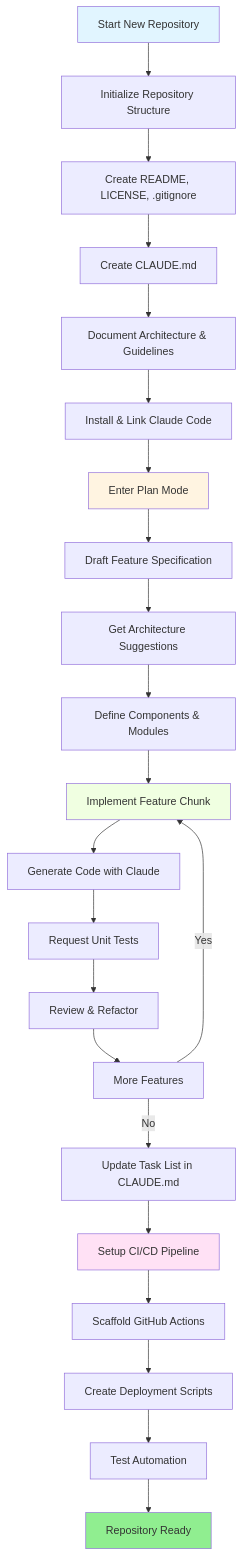
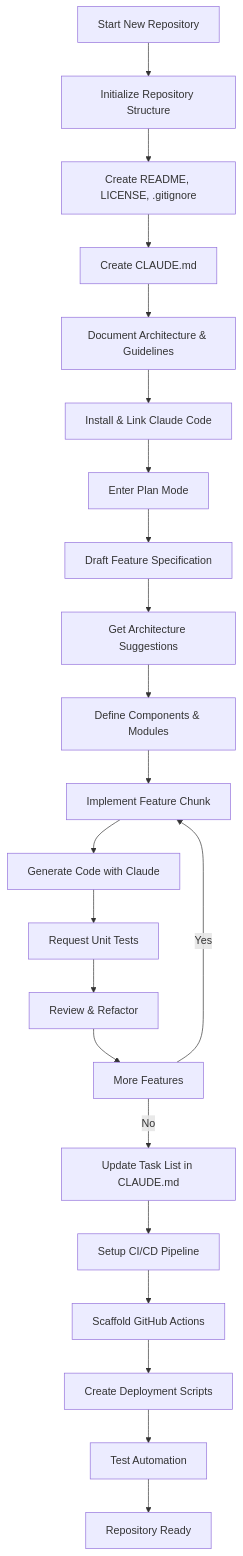
The first of 2 diagrams in claude-howto-zh/resources.md (Rx782-Fss/claude-howto-zh), drawn with Mermaid before and after one commit. The commit also changed other lines of this file and 9 other files, not shown here.

Commit message:
fix: 清除 Mermaid style 行(105处)和节点标签数字列表格式(17处)，修复 Obsidian/GitHub 'Unsupported markdown: list' 渲染错误

````diff
--- a/claude-howto-zh/resources.md
+++ b/claude-howto-zh/resources.md
@@ -169,64 +168,46 @@
 ```mermaid
 graph TD
 
     A[Start New Repository] --> B[Initialize Repository Structure]
 
     B --> C[Create README, LICENSE, .gitignore]
 
     C --> D[Create CLAUDE.md]
 
     D --> E[Document Architecture & Guidelines]
 
     E --> F[Install & Link Claude Code]
 
-
-
     F --> G[Enter Plan Mode]
 
     G --> H[Draft Feature Specification]
 
     H --> I[Get Architecture Suggestions]
 
     I --> J[Define Components & Modules]
-
-
 
     J --> K[Implement Feature Chunk]
 
     K --> L[Generate Code with Claude]
 
     L --> M[Request Unit Tests]
 
     M --> N[Review & Refactor]
 
     N --> O[More Features]
 
     O -->|Yes| K
 
     O -->|No| P[Update Task List in CLAUDE.md]
 
-
-
     P --> Q[Setup CI/CD Pipeline]
 
     Q --> R[Scaffold GitHub Actions]
 
     R --> S[Create Deployment Scripts]
 
     S --> T[Test Automation]
 
     T --> U[Repository Ready]
 
-
-
-    style A fill:#e1f5ff
-
-    style G fill:#fff4e1
-
-    style K fill:#f0ffe1
-
-    style Q fill:#ffe1f5
-
-    style U fill:#90EE90
-
 ```
````
